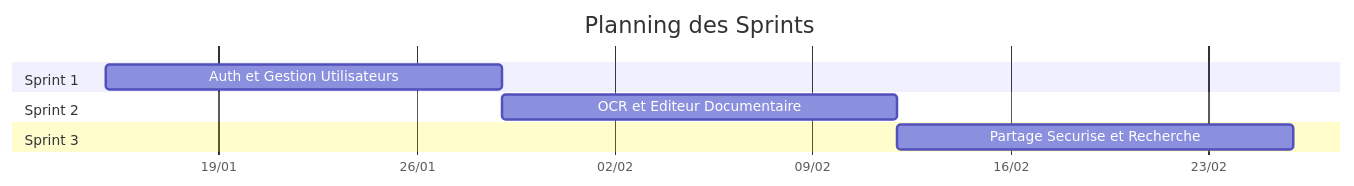
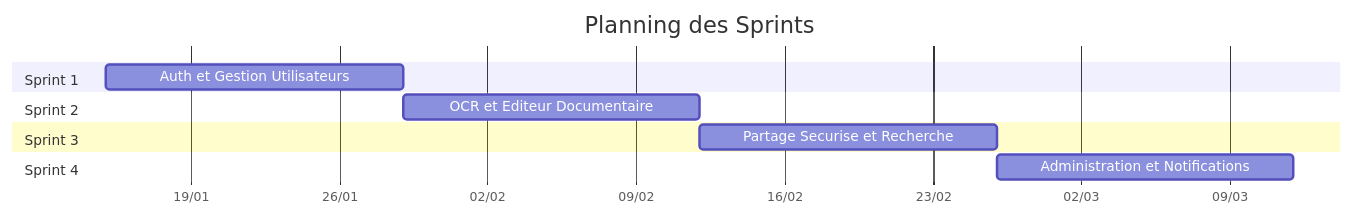
Before and after one commit to mohamedYassinChayada/stage-perf: the fourth of 4 diagrams in rapport/chapitre-2-etude-prealable.md, drawn with Mermaid. The commit also changed other lines of this file and 5 other files, not shown here.

````diff
--- a/rapport/chapitre-2-etude-prealable.md
+++ b/rapport/chapitre-2-etude-prealable.md
@@ -220,15 +228,18 @@
 ```mermaid
 gantt
     title Planning des Sprints
     dateFormat  YYYY-MM-DD
     axisFormat  %d/%m
 
     section Sprint 1
     Auth et Gestion Utilisateurs       :s1, 2025-01-15, 14d
 
     section Sprint 2
     OCR et Editeur Documentaire        :s2, after s1, 14d
 
     section Sprint 3
     Partage Securise et Recherche      :s3, after s2, 14d
+
+    section Sprint 4
+    Administration et Notifications    :s4, after s3, 14d
 ```
````
